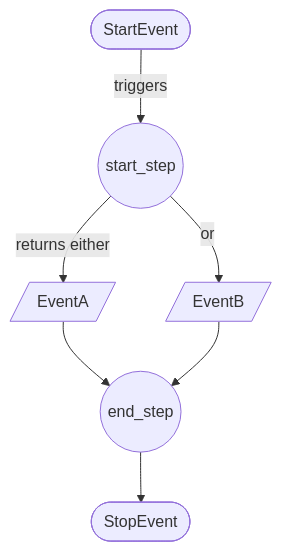
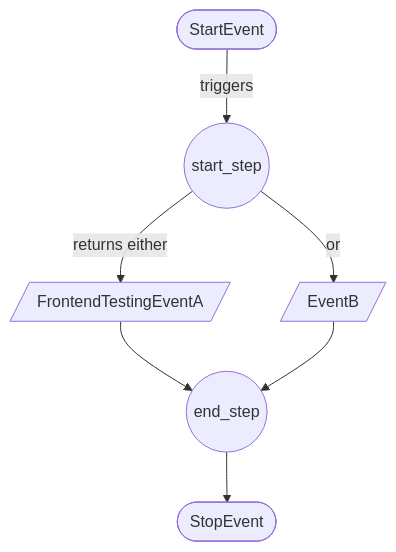
Before and after one commit to bbvch-ai/aihub-core: the first of 5 diagrams in aihub_doc/5_agents_in_detail.md, drawn with Mermaid. The commit also changed other lines of this file and 13 other files, not shown here.

````diff
--- a/aihub_doc/5_agents_in_detail.md
+++ b/aihub_doc/5_agents_in_detail.md
@@ -326,12 +326,12 @@
 ```mermaid
 flowchart TD
 
     StartEvent([StartEvent]) -->|triggers| StartStep((start_step))
-    StartStep -->|returns either| EventA[/EventA/]
+    StartStep -->|returns either| FrontendTestingEventA[/FrontendTestingEventA/]
     StartStep -->|or| EventB[/EventB/]
 
-    EventA --> EndStep((end_step))
+    FrontendTestingEventA --> EndStep((end_step))
     EventB --> EndStep
 
     EndStep --> StopEvent([StopEvent])
 ```
````
